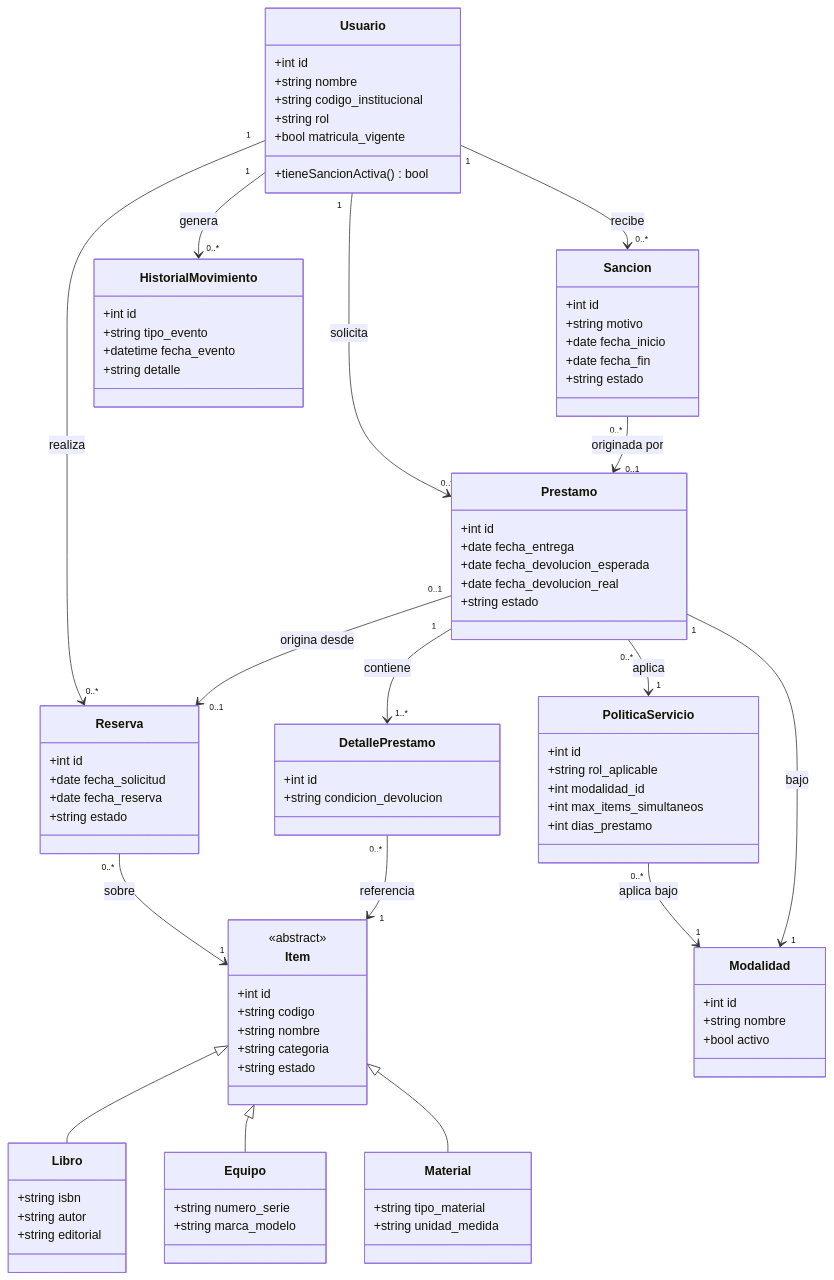
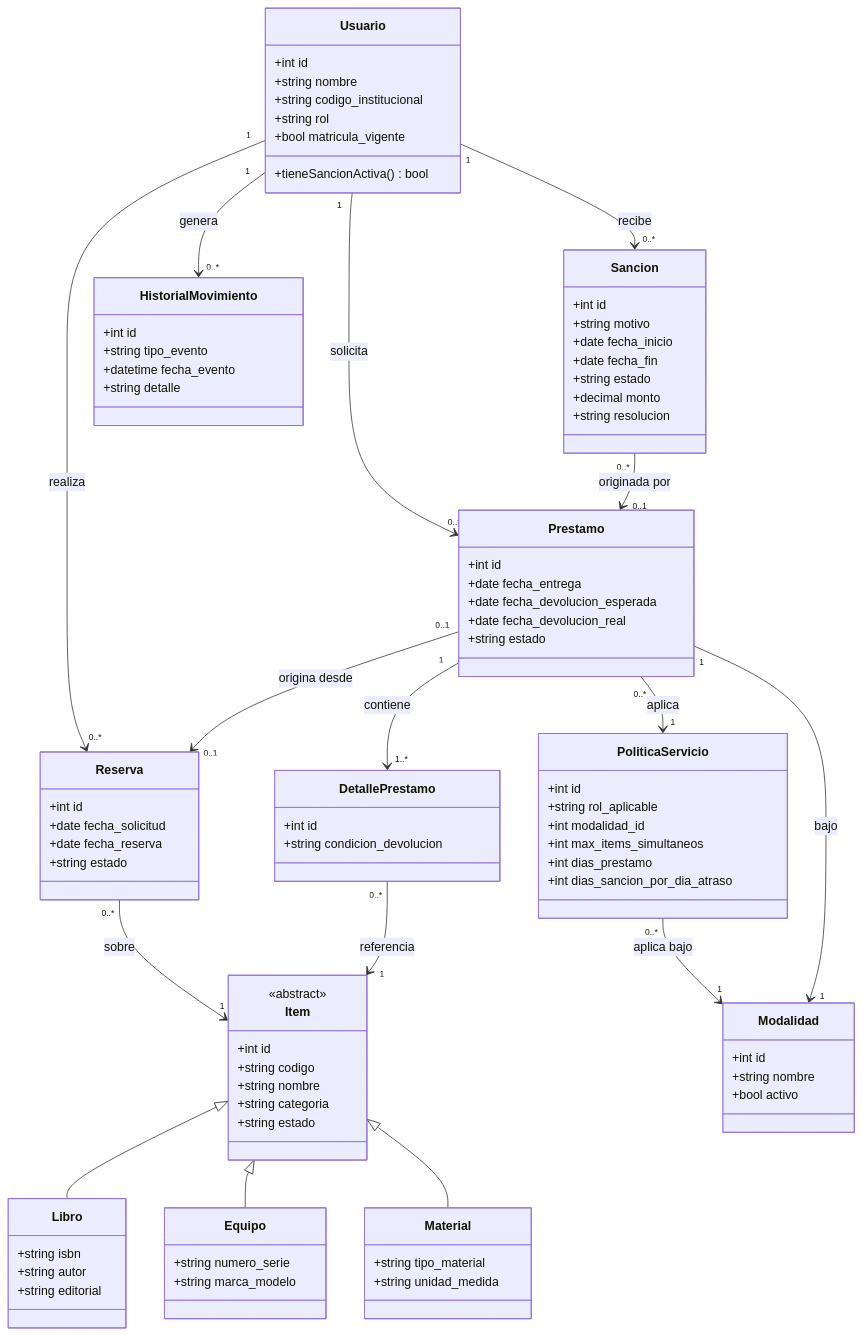
One commit to LuisEn2005/TI2-Sistema-de-Prestamos-Academico changed the diagram in docs/requisitos.md. Above: the diagram before and after it, drawn with Mermaid. The commit also changed other lines of this file and 35 other files, not shown here.

```diff
--- a/docs/requisitos.md
+++ b/docs/requisitos.md
@@ -121,6 +121,7 @@
         +int modalidad_id
         +int max_items_simultaneos
         +int dias_prestamo
+        +int dias_sancion_por_dia_atraso
     }
 
     class Item {
@@ -180,6 +181,8 @@
         +date fecha_inicio
         +date fecha_fin
         +string estado
+        +decimal monto
+        +string resolucion
     }
 
     class HistorialMovimiento {
```
